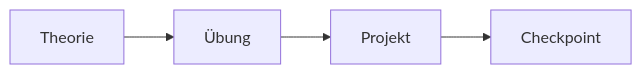
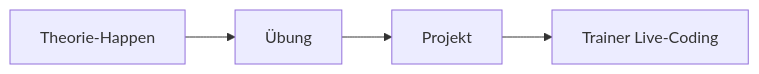
Before and after one commit to HeiligerG/ae-raumklima-bootcamp: the diagram in docs/index.md, drawn with Mermaid. The commit also changed other lines of this file, not shown here.

````diff
--- a/docs/index.md
+++ b/docs/index.md
@@ -43,6 +43,6 @@
 ```mermaid
 graph LR
-    A[Theorie] --> B[Übung]
+    A[Theorie-Happen] --> B[Übung]
     B --> C[Projekt]
-    C --> D[Checkpoint]
+    C --> D[Trainer Live-Coding]
 ```
````
